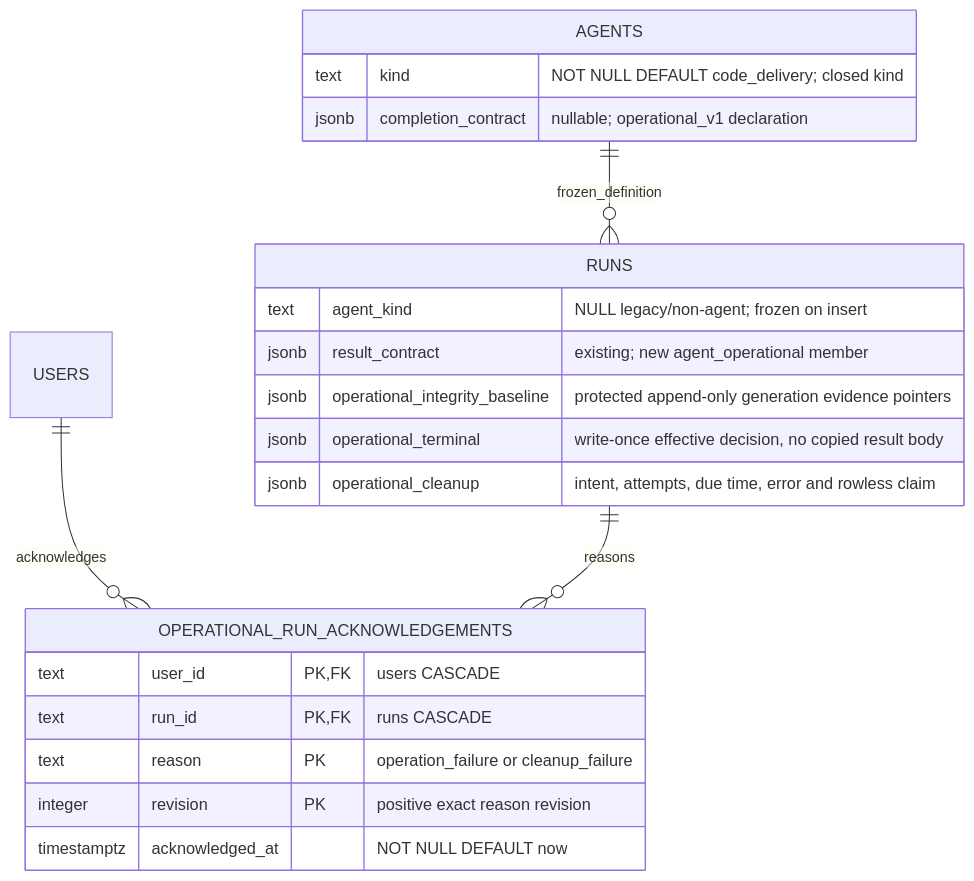
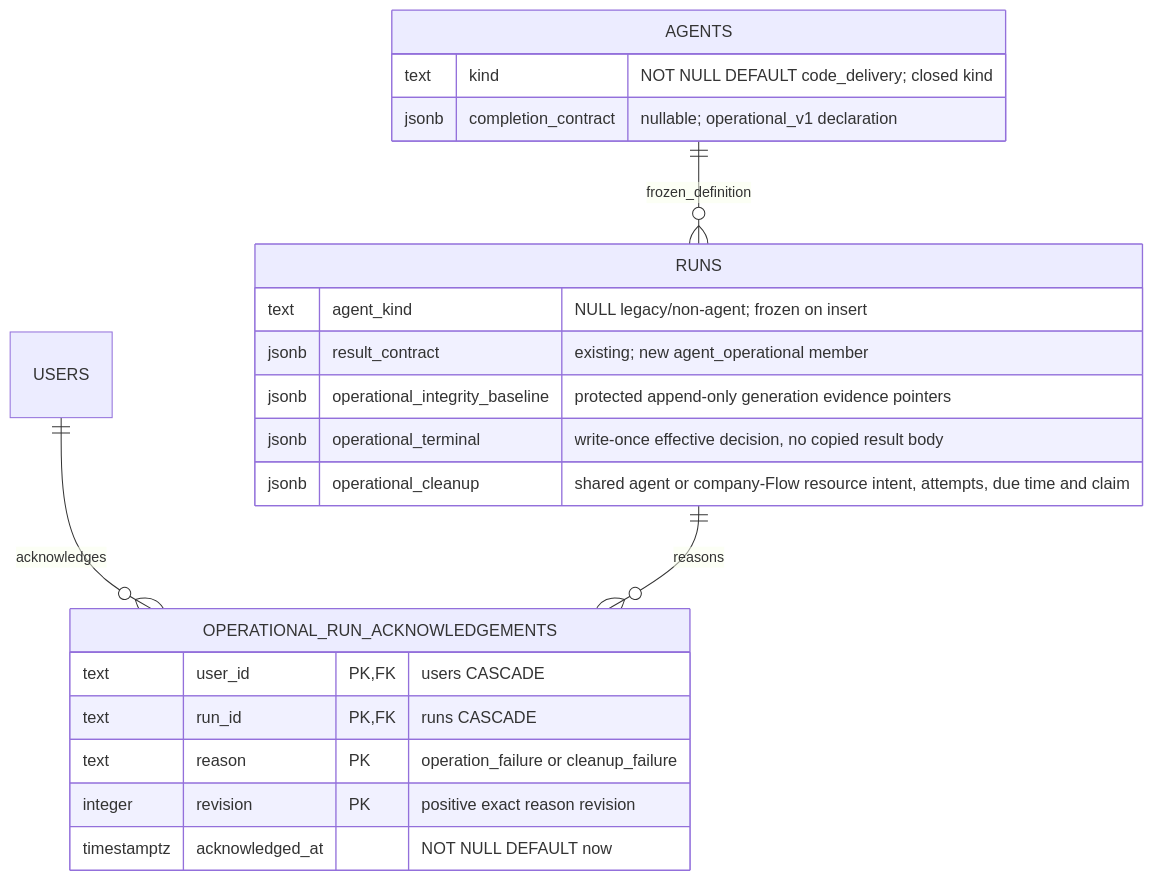
One commit to maister-dev/maister changed the diagram in docs/db/operational-agents-domain.md. Above: the diagram before and after it, drawn with Mermaid. The commit also changed other lines of this file and 53 other files, not shown here.

Commit message:
feat(flows): execute governed company graphs without repositories

````diff
--- a/docs/db/operational-agents-domain.md
+++ b/docs/db/operational-agents-domain.md
@@ -11,24 +11,24 @@
 ```mermaid
 erDiagram
     USERS ||--o{ OPERATIONAL_RUN_ACKNOWLEDGEMENTS : acknowledges
     RUNS ||--o{ OPERATIONAL_RUN_ACKNOWLEDGEMENTS : reasons
     AGENTS ||--o{ RUNS : frozen_definition
     AGENTS {
         text kind "NOT NULL DEFAULT code_delivery; closed kind"
         jsonb completion_contract "nullable; operational_v1 declaration"
     }
     RUNS {
         text agent_kind "NULL legacy/non-agent; frozen on insert"
         jsonb result_contract "existing; new agent_operational member"
         jsonb operational_integrity_baseline "protected append-only generation evidence pointers"
         jsonb operational_terminal "write-once effective decision, no copied result body"
-        jsonb operational_cleanup "intent, attempts, due time, error and rowless claim"
+        jsonb operational_cleanup "shared agent or company-Flow resource intent, attempts, due time and claim"
     }
     OPERATIONAL_RUN_ACKNOWLEDGEMENTS {
         text user_id PK,FK "users CASCADE"
         text run_id PK,FK "runs CASCADE"
         text reason PK "operation_failure or cleanup_failure"
         integer revision PK "positive exact reason revision"
         timestamptz acknowledged_at "NOT NULL DEFAULT now"
     }
 ```
````
